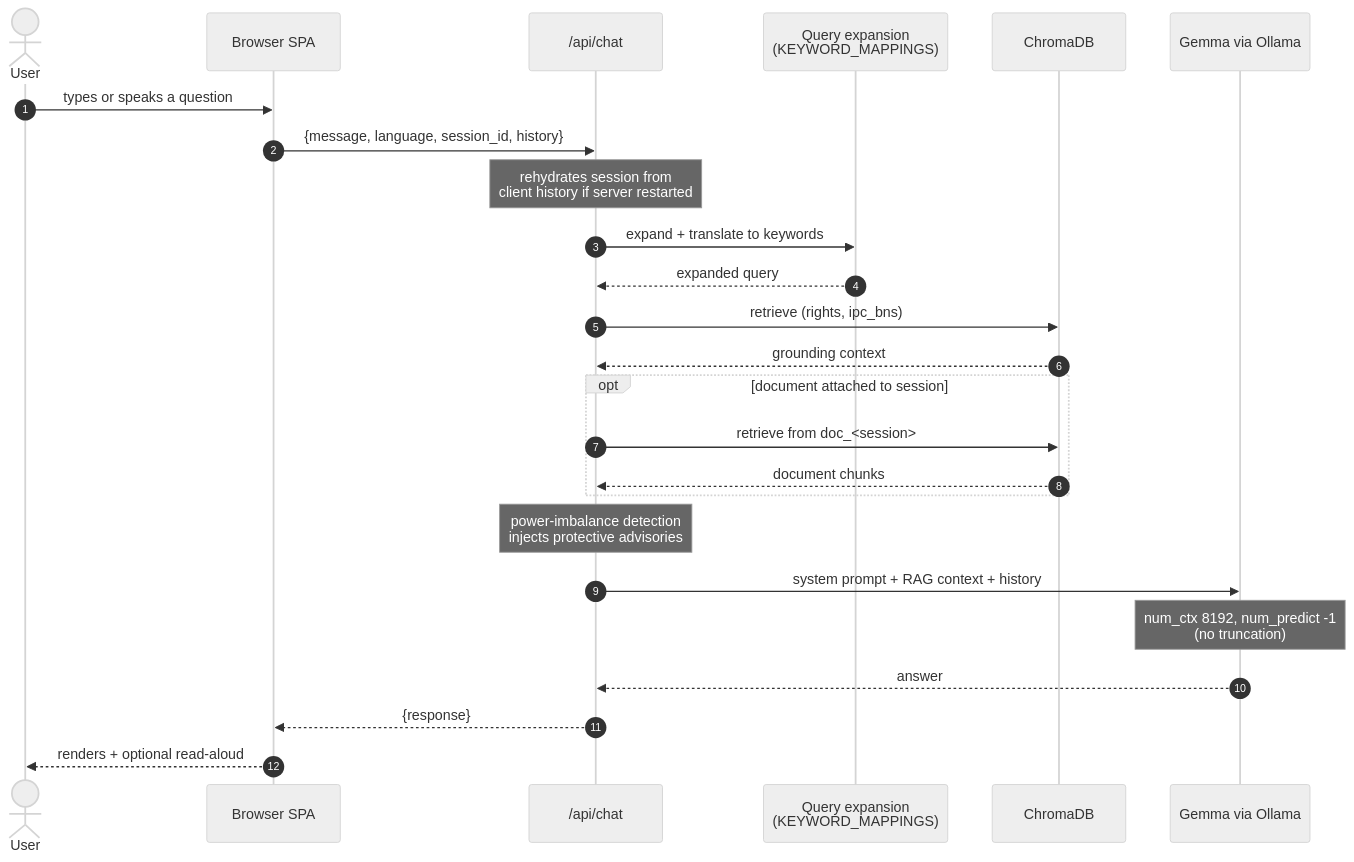
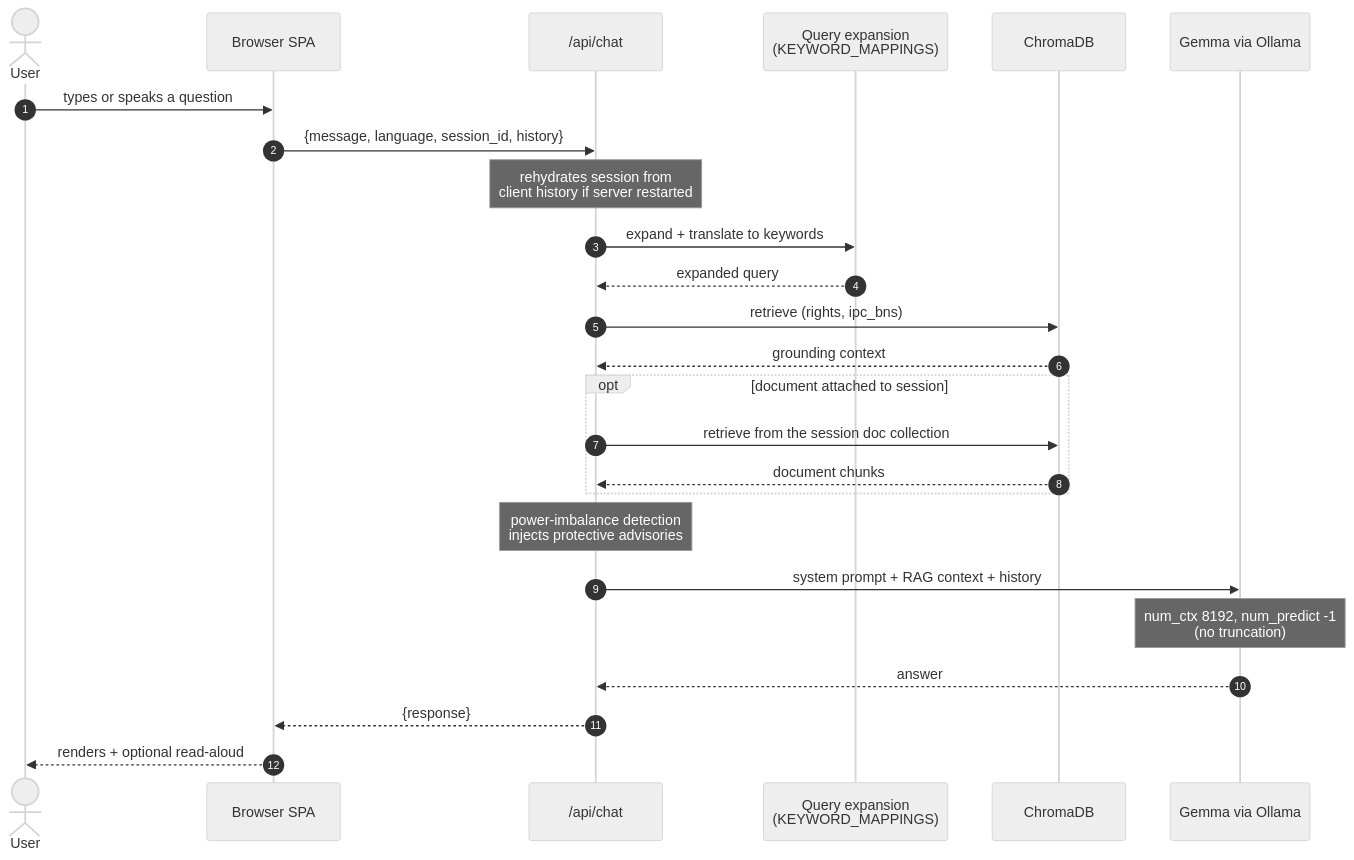
Before and after one commit to MAsTeRlssPd/AdhiKaar: the fourth of 9 diagrams in docs/ARCHITECTURE.md, drawn with Mermaid (neutral theme). The commit also changed other lines of this file, not shown here.

First line of the commit message:
Add single master architecture diagram combining all views

````diff
--- a/docs/ARCHITECTURE.md
+++ b/docs/ARCHITECTURE.md
@@ -108,28 +280,28 @@
 ```mermaid
 sequenceDiagram
     autonumber
     actor U as User
     participant SPA as Browser SPA
     participant API as /api/chat
     participant EXP as Query expansion<br/>(KEYWORD_MAPPINGS)
     participant DB as ChromaDB
     participant G as Gemma via Ollama
 
     U->>SPA: types or speaks a question
     SPA->>API: {message, language, session_id, history}
     Note over API: rehydrates session from<br/>client history if server restarted
     API->>EXP: expand + translate to keywords
     EXP-->>API: expanded query
     API->>DB: retrieve (rights, ipc_bns)
     DB-->>API: grounding context
     opt document attached to session
-        API->>DB: retrieve from doc_<session>
+        API->>DB: retrieve from the session doc collection
         DB-->>API: document chunks
     end
     Note over API: power-imbalance detection<br/>injects protective advisories
     API->>G: system prompt + RAG context + history
     Note over G: num_ctx 8192, num_predict -1<br/>(no truncation)
     G-->>API: answer
     API-->>SPA: {response}
     SPA-->>U: renders + optional read-aloud
 ```
````
